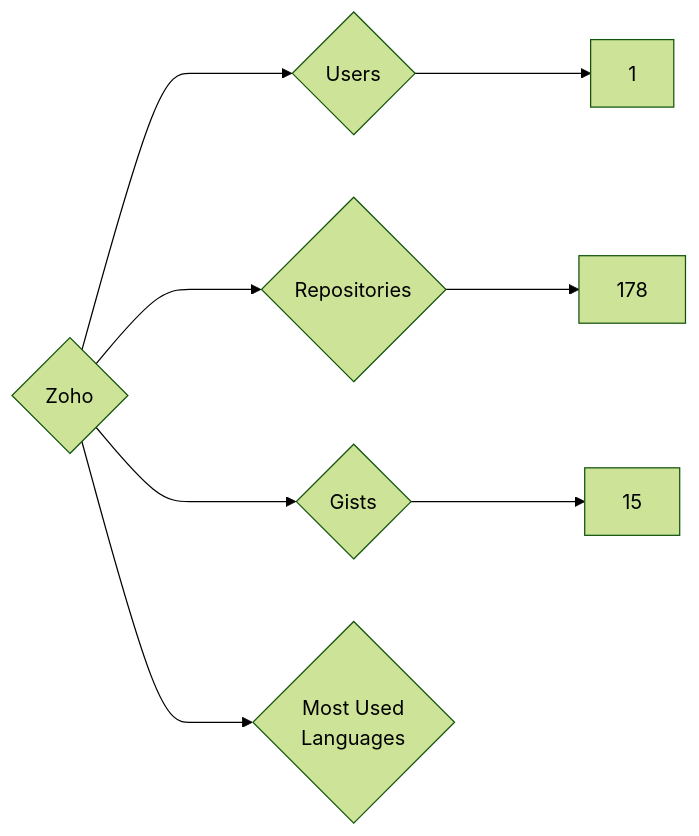
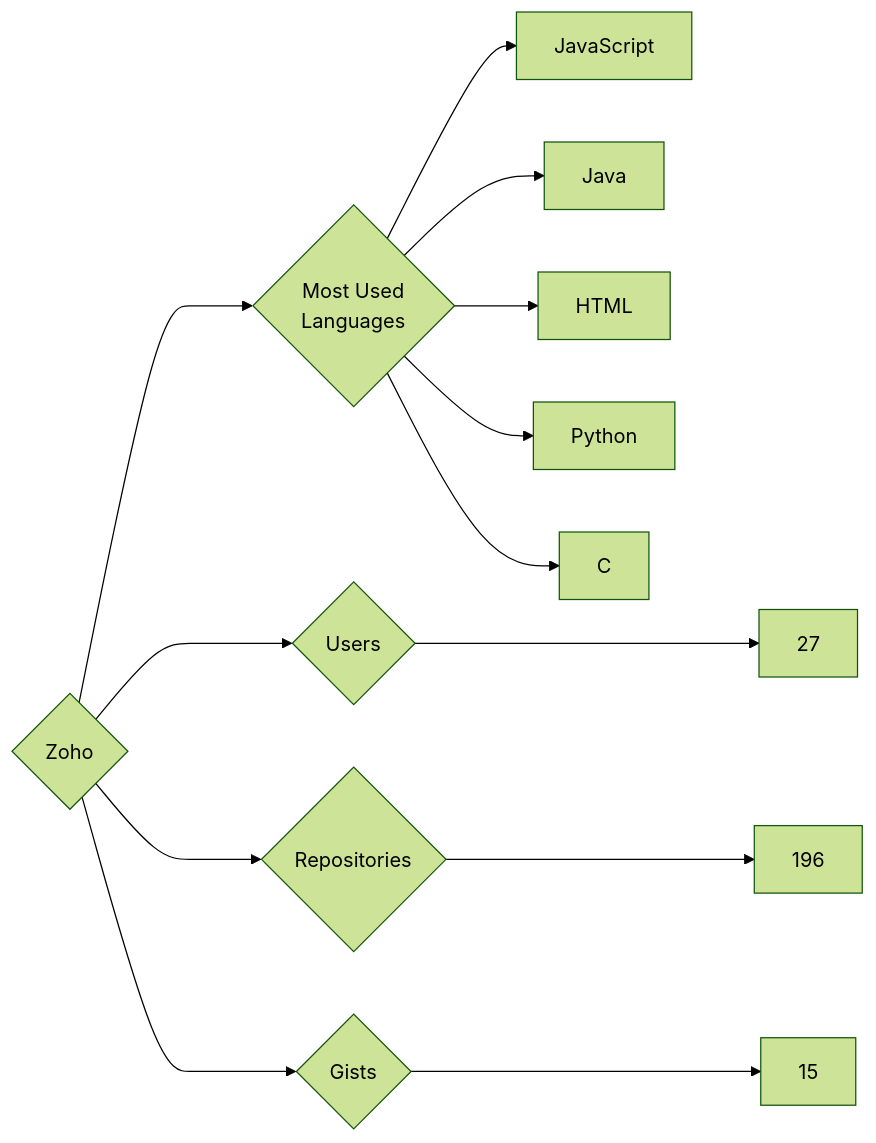
Before and after one commit to trickest/insiders: the diagram in targets/Zoho/README.md, drawn with Mermaid (forest theme). The commit also changed 725 other files, not shown here.

````diff
--- a/targets/Zoho/README.md
+++ b/targets/Zoho/README.md
@@ -3,8 +3,13 @@
 ```mermaid
 graph LR
 COMPANY_NAME{Zoho}
-COMPANY_NAME ---> U{Users} ---> UN[1]
-COMPANY_NAME ---> R{Repositories} ---> RN[178]
+COMPANY_NAME ---> U{Users} ---> UN[27]
+COMPANY_NAME ---> R{Repositories} ---> RN[196]
 COMPANY_NAME ---> G{Gists} ---> GN[15]
 COMPANY_NAME ---> ML{Most Used<br>Languages}
+ML --> JavaScript[JavaScript]
+ML --> Java[Java]
+ML --> HTML[HTML]
+ML --> Python[Python]
+ML --> C[C]
 ```
````
